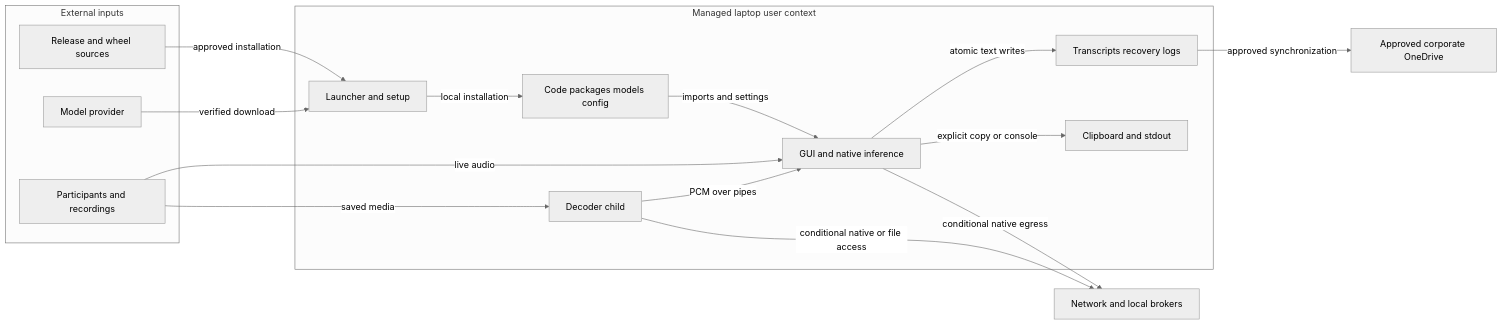
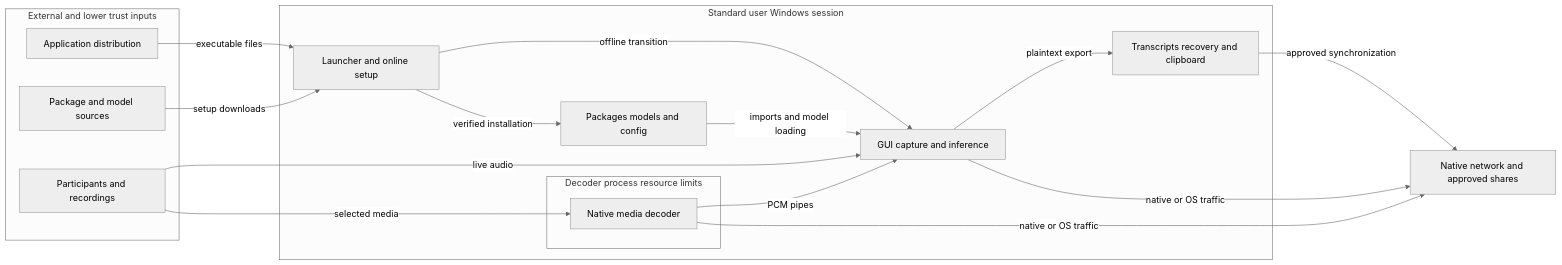
Before and after one commit to DysthymiaDemon/local-whisper-transcriber: the diagram in docs/threat-model.md, drawn with Mermaid (neutral theme). The commit also changed other lines of this file and 4 other files, not shown here.

First line of the commit message:
Treat links to the default model folders as setup-managed

````diff
--- a/docs/threat-model.md
+++ b/docs/threat-model.md
@@ -74,30 +68,30 @@
 ```mermaid
 flowchart LR
-    subgraph external["External inputs"]
-        Release["Release and wheel sources"]
-        Models["Model provider"]
+    subgraph External["External and lower trust inputs"]
+        Release["Application distribution"]
+        Providers["Package and model sources"]
         Audio["Participants and recordings"]
     end
-    subgraph laptop["Managed laptop user context"]
-        Setup["Launcher and setup"]
-        Local["Code packages models config"]
-        Decode["Decoder child"]
-        Gui["GUI and native inference"]
-        Files["Transcripts recovery logs"]
-        Clip["Clipboard and stdout"]
+    subgraph User["Standard user Windows session"]
+        Setup["Launcher and online setup"]
+        Resources["Packages models and config"]
+        App["GUI capture and inference"]
+        subgraph DecoderZone["Decoder process resource limits"]
+            Decoder["Native media decoder"]
+        end
+        Output["Transcripts recovery and clipboard"]
     end
-    Network["Network and local brokers"]
-    Sync["Approved corporate OneDrive"]
-    Release -->|approved installation| Setup
-    Models -->|verified download| Setup
-    Setup -->|local installation| Local
-    Local -->|imports and settings| Gui
-    Audio -->|saved media| Decode
-    Audio -->|live audio| Gui
-    Decode -->|PCM over pipes| Gui
-    Gui -->|atomic text writes| Files
-    Gui -->|explicit copy or console| Clip
-    Files -->|approved synchronization| Sync
-    Gui -->|conditional native egress| Network
-    Decode -->|conditional native or file access| Network
+    Network["Native network and approved shares"]
+    Release -->|executable files| Setup
+    Providers -->|setup downloads| Setup
+    Setup -->|verified installation| Resources
+    Setup -->|offline transition| App
+    Resources -->|imports and model loading| App
+    Audio -->|live audio| App
+    Audio -->|selected media| Decoder
+    Decoder -->|PCM pipes| App
+    App -->|plaintext export| Output
+    Output -->|approved synchronization| Network
+    App -->|native or OS traffic| Network
+    Decoder -->|native or OS traffic| Network
 ```
````
